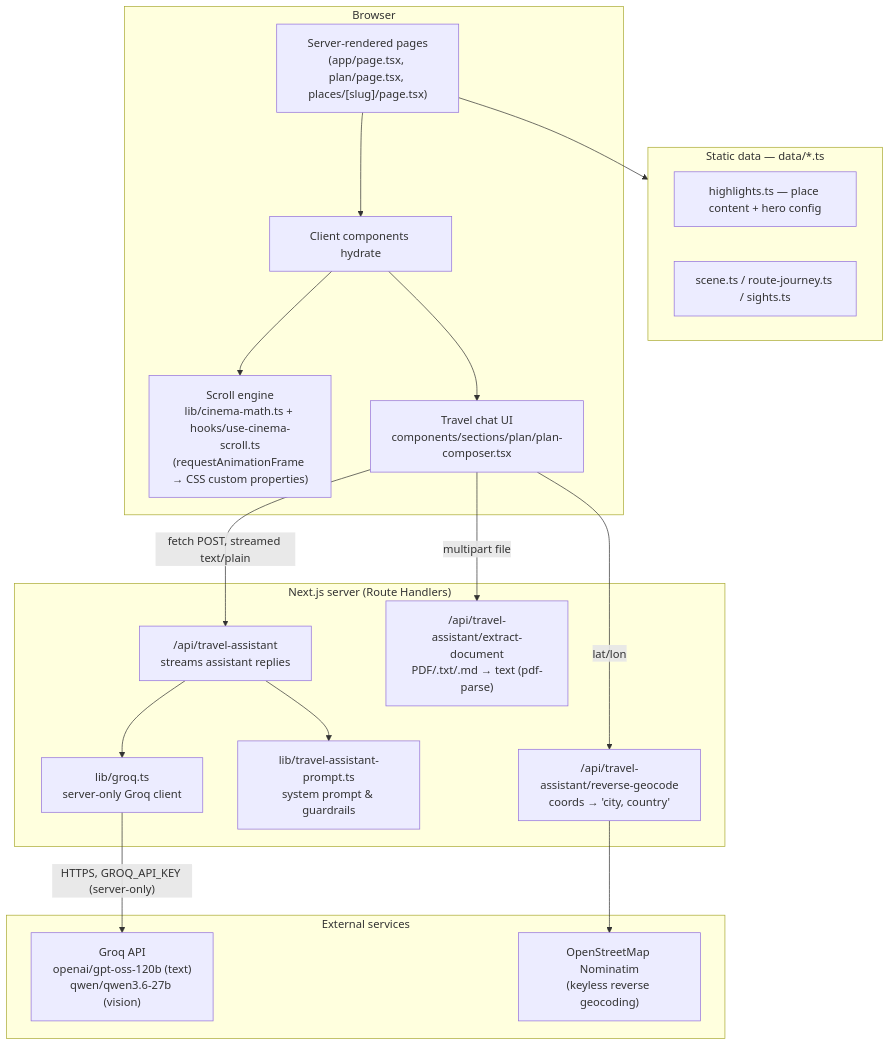
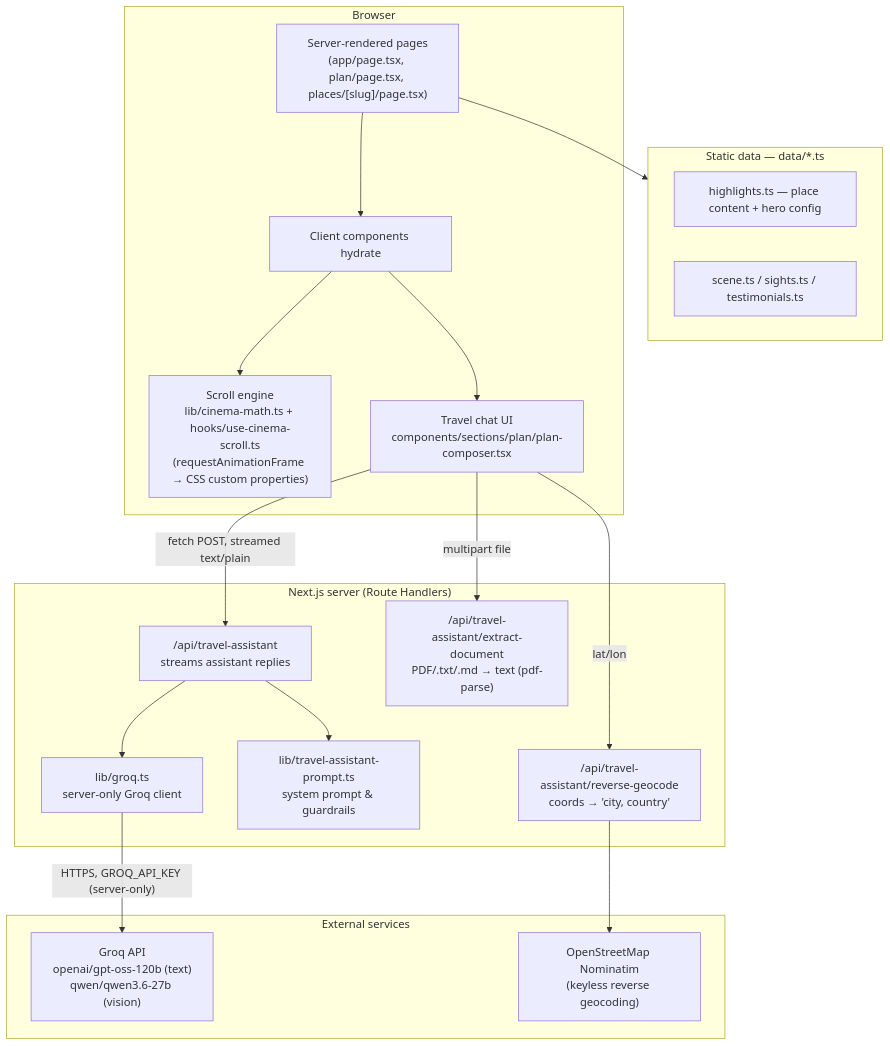
Before and after one commit to mawlid1431/roami: the first of 3 diagrams in README.md, drawn with Mermaid. The commit also changed other lines of this file and 3 other files, not shown here.

````diff
--- a/README.md
+++ b/README.md
@@ -53,38 +65,38 @@
 ```mermaid
 flowchart TB
     subgraph Client["Browser"]
         RSC["Server-rendered pages\n(app/page.tsx, plan/page.tsx, places/[slug]/page.tsx)"]
         Hydrate["Client components hydrate"]
         Engine["Scroll engine\nlib/cinema-math.ts + hooks/use-cinema-scroll.ts\n(requestAnimationFrame → CSS custom properties)"]
         Chat["Travel chat UI\ncomponents/sections/plan/plan-composer.tsx"]
         RSC --> Hydrate --> Engine
         Hydrate --> Chat
     end
 
     subgraph Server["Next.js server (Route Handlers)"]
         ChatRoute["/api/travel-assistant\nstreams assistant replies"]
         DocRoute["/api/travel-assistant/extract-document\nPDF/.txt/.md → text (pdf-parse)"]
         GeoRoute["/api/travel-assistant/reverse-geocode\ncoords → 'city, country'"]
         GroqLib["lib/groq.ts\nserver-only Groq client"]
         Prompt["lib/travel-assistant-prompt.ts\nsystem prompt & guardrails"]
         ChatRoute --> GroqLib
         ChatRoute --> Prompt
     end
 
     subgraph External["External services"]
         Groq["Groq API\nopenai/gpt-oss-120b (text)\nqwen/qwen3.6-27b (vision)"]
         OSM["OpenStreetMap Nominatim\n(keyless reverse geocoding)"]
     end
 
     subgraph Data["Static data — data/*.ts"]
         Highlights["highlights.ts — place content + hero config"]
-        Scene["scene.ts / route-journey.ts / sights.ts"]
+        Scene["scene.ts / sights.ts / testimonials.ts"]
     end
 
     Chat -- "fetch POST, streamed text/plain" --> ChatRoute
     Chat -- "multipart file" --> DocRoute
     Chat -- "lat/lon" --> GeoRoute
     GroqLib -- "HTTPS, GROQ_API_KEY (server-only)" --> Groq
     GeoRoute --> OSM
     RSC --> Data
 ```
````
